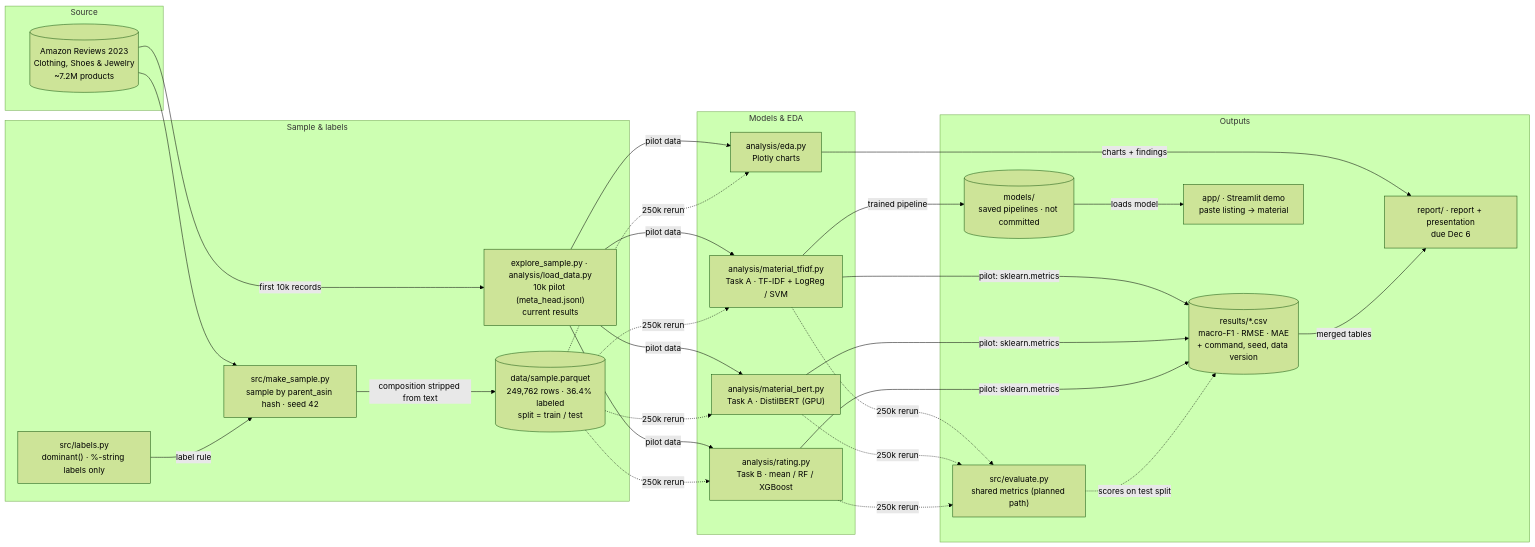
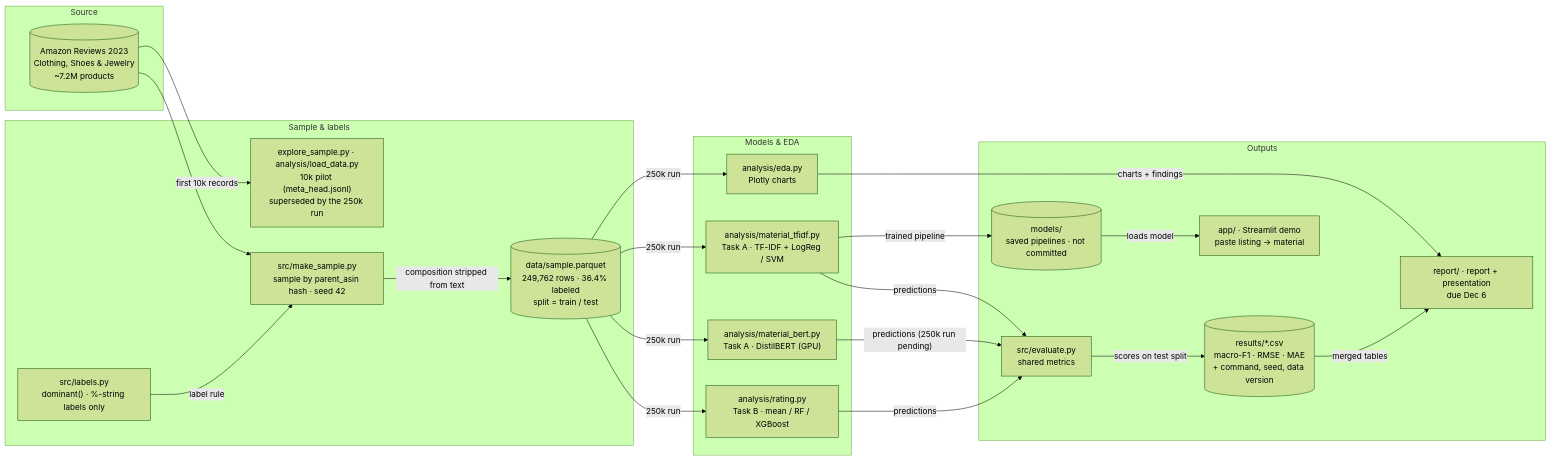
The diagram in report/assets/project-pipeline.mmd (johnha912/amazon-clothing-material), drawn with Mermaid (forest theme) before and after one commit. The commit also changed 42 other files, not shown here.

First line of the commit message:
Rerun TF-IDF, rating and EDA on the 250k sample and update the report

```diff
--- a/report/assets/project-pipeline.mmd
+++ b/report/assets/project-pipeline.mmd
@@ -1,50 +1,43 @@
 flowchart LR
     subgraph S0["Source"]
         hf[("Amazon Reviews 2023<br/>Clothing, Shoes & Jewelry<br/>~7.2M products")]
     end
 
     subgraph S1["Sample & labels"]
-        pilot["explore_sample.py · analysis/load_data.py<br/>10k pilot (meta_head.jsonl)<br/>current results"]
+        pilot["explore_sample.py · analysis/load_data.py<br/>10k pilot (meta_head.jsonl)<br/>superseded by the 250k run"]
         labels["src/labels.py<br/>dominant() · %-string labels only"]
         makesample["src/make_sample.py<br/>sample by parent_asin hash · seed 42"]
         sample[("data/sample.parquet<br/>249,762 rows · 36.4% labeled<br/>split = train / test")]
     end
 
     subgraph S2["Models & EDA"]
         eda["analysis/eda.py<br/>Plotly charts"]
         tfidf["analysis/material_tfidf.py<br/>Task A · TF-IDF + LogReg / SVM"]
         bert["analysis/material_bert.py<br/>Task A · DistilBERT (GPU)"]
         rating["analysis/rating.py<br/>Task B · mean / RF / XGBoost"]
     end
 
     subgraph S3["Outputs"]
-        evaluate["src/evaluate.py<br/>shared metrics (planned path)"]
+        evaluate["src/evaluate.py<br/>shared metrics"]
         results[("results/*.csv<br/>macro-F1 · RMSE · MAE<br/>+ command, seed, data version")]
         model[("models/<br/>saved pipelines · not committed")]
         app["app/ · Streamlit demo<br/>paste listing → material"]
         report["report/ · report + presentation<br/>due Dec 6"]
     end
 
     hf -- "first 10k records" --> pilot
-    pilot -- "pilot data" --> eda
-    pilot -- "pilot data" --> tfidf
-    pilot -- "pilot data" --> bert
-    pilot -- "pilot data" --> rating
     hf --> makesample
     labels -- "label rule" --> makesample
     makesample -- "composition stripped from text" --> sample
-    sample -. "250k rerun" .-> eda
-    sample -. "250k rerun" .-> tfidf
-    sample -. "250k rerun" .-> bert
-    sample -. "250k rerun" .-> rating
-    tfidf -- "pilot: sklearn.metrics" --> results
-    bert -- "pilot: sklearn.metrics" --> results
-    rating -- "pilot: sklearn.metrics" --> results
-    tfidf -. "250k rerun" .-> evaluate
-    bert -. "250k rerun" .-> evaluate
-    rating -. "250k rerun" .-> evaluate
-    evaluate -. "scores on test split" .-> results
+    sample -- "250k run" --> eda
+    sample -- "250k run" --> tfidf
+    sample -- "250k run" --> bert
+    sample -- "250k run" --> rating
+    tfidf -- "predictions" --> evaluate
+    bert -- "predictions (250k run pending)" --> evaluate
+    rating -- "predictions" --> evaluate
+    evaluate -- "scores on test split" --> results
     tfidf -- "trained pipeline" --> model
     model -- "loads model" --> app
     eda -- "charts + findings" --> report
     results -- "merged tables" --> report
```
